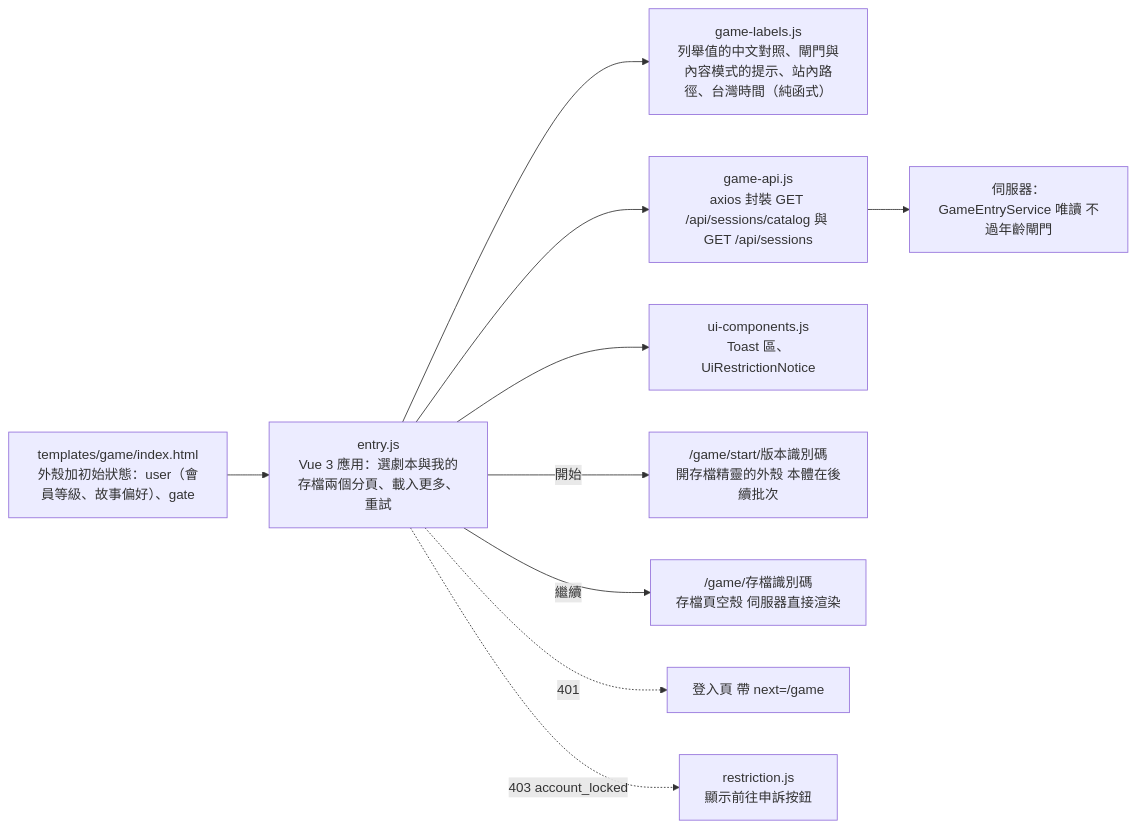
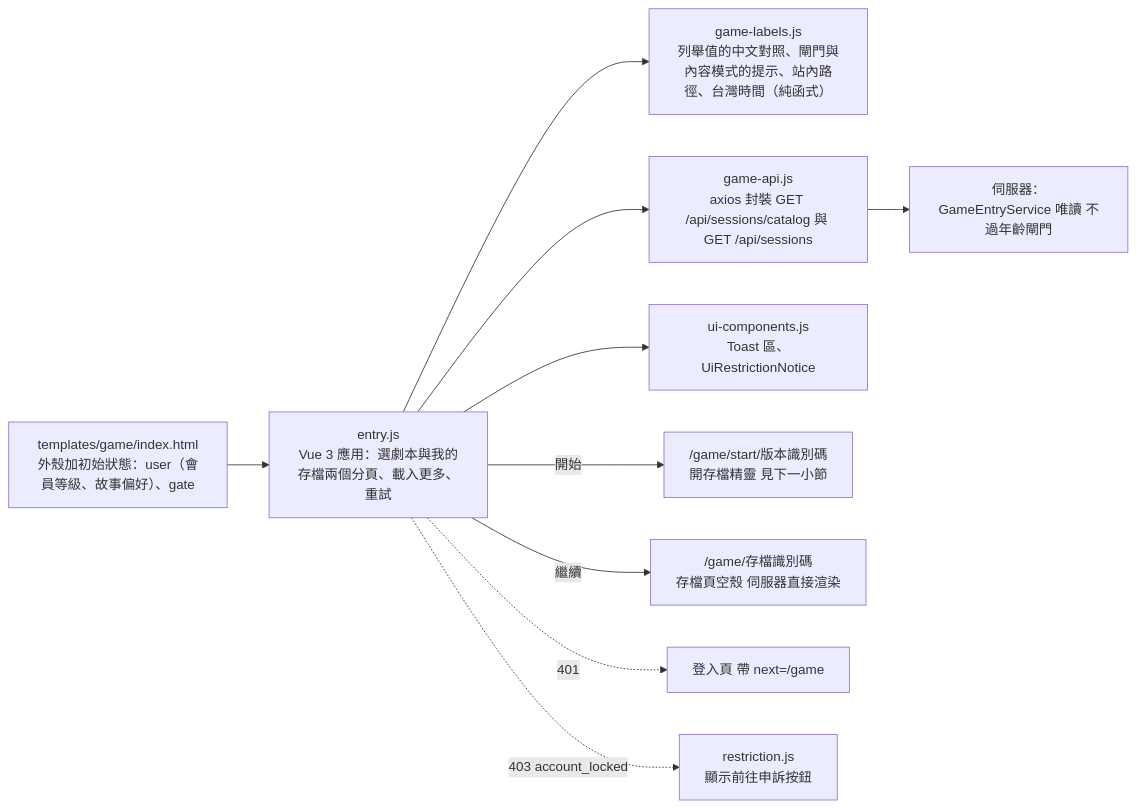
Before and after one commit to pp466pp466/R.A.C: the seventh of 10 diagrams in docs/前端結構-frontend.md, drawn with Mermaid. The commit also changed other lines of this file and 10 other files, not shown here.

````diff
--- a/docs/前端結構-frontend.md
+++ b/docs/前端結構-frontend.md
@@ -158,12 +160,12 @@
 ```mermaid
 flowchart LR
     Html["templates/game/index.html<br/>外殼加初始狀態：user（會員等級、故事偏好）、gate"] --> En
     En["entry.js<br/>Vue 3 應用：選劇本與我的存檔兩個分頁、載入更多、重試"] --> Labels["game-labels.js<br/>列舉值的中文對照、閘門與內容模式的提示、站內路徑、台灣時間（純函式）"]
     En --> Api["game-api.js<br/>axios 封裝 GET /api/sessions/catalog 與 GET /api/sessions"]
     En --> Ui["ui-components.js<br/>Toast 區、UiRestrictionNotice"]
     Api --> Srv["伺服器：GameEntryService 唯讀 不過年齡閘門"]
-    En -->|"開始"| Start["/game/start/版本識別碼<br/>開存檔精靈的外殼 本體在後續批次"]
+    En -->|"開始"| Start["/game/start/版本識別碼<br/>開存檔精靈 見下一小節"]
     En -->|"繼續"| Save["/game/存檔識別碼<br/>存檔頁空殼 伺服器直接渲染"]
     En -.->|"401"| Login["登入頁 帶 next=/game"]
     En -.->|"403 account_locked"| Rs["restriction.js<br/>顯示前往申訴按鈕"]
 ```
````
